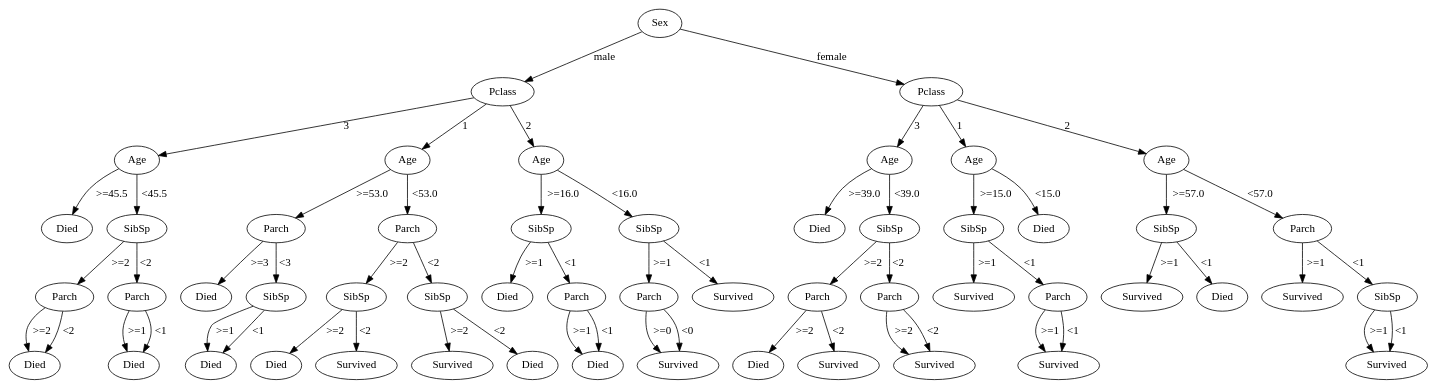
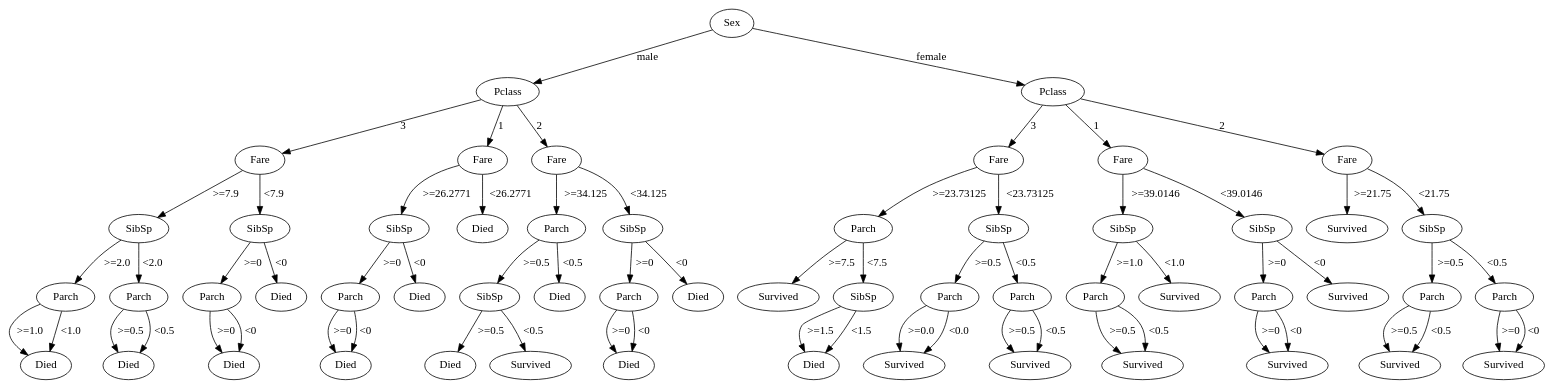
Before and after one commit to Jorgro/TDT4171-Methods-in-AI: the diagram in Exercise4/test5.gv, drawn with Graphviz. The commit also changed 6 other files, not shown here.

```diff
--- a/Exercise4/test5.gv
+++ b/Exercise4/test5.gv
@@ -4,180 +4,198 @@
 	Pclass0 [label=Pclass]
 	Sex0 -> Pclass0 [label=male]
 	Pclass0 [label=Pclass]
-	Age0 [label=Age]
-	Pclass0 -> Age0 [label=3]
-	Age0 [label=Age]
-	02 [label=Died]
-	Age0 -> 02 [label=">=45.5"]
-	Age0 [label=Age]
+	Fare0 [label=Fare]
+	Pclass0 -> Fare0 [label=3]
+	Fare0 [label=Fare]
 	SibSp0 [label=SibSp]
-	Age0 -> SibSp0 [label="<45.5"]
+	Fare0 -> SibSp0 [label=">=7.9"]
 	SibSp0 [label=SibSp]
 	Parch0 [label=Parch]
-	SibSp0 -> Parch0 [label=">=2"]
+	SibSp0 -> Parch0 [label=">=2.0"]
 	Parch0 [label=Parch]
 	04 [label=Died]
-	Parch0 -> 04 [label=">=2"]
+	Parch0 -> 04 [label=">=1.0"]
 	Parch0 [label=Parch]
 	04 [label=Died]
-	Parch0 -> 04 [label="<2"]
+	Parch0 -> 04 [label="<1.0"]
 	SibSp0 [label=SibSp]
 	Parch1 [label=Parch]
-	SibSp0 -> Parch1 [label="<2"]
+	SibSp0 -> Parch1 [label="<2.0"]
 	Parch1 [label=Parch]
 	06 [label=Died]
-	Parch1 -> 06 [label=">=1"]
+	Parch1 -> 06 [label=">=0.5"]
 	Parch1 [label=Parch]
 	06 [label=Died]
-	Parch1 -> 06 [label="<1"]
+	Parch1 -> 06 [label="<0.5"]
+	Fare0 [label=Fare]
+	SibSp1 [label=SibSp]
+	Fare0 -> SibSp1 [label="<7.9"]
+	SibSp1 [label=SibSp]
+	Parch2 [label=Parch]
+	SibSp1 -> Parch2 [label=">=0"]
+	Parch2 [label=Parch]
+	010 [label=Died]
+	Parch2 -> 010 [label=">=0"]
+	Parch2 [label=Parch]
+	010 [label=Died]
+	Parch2 -> 010 [label="<0"]
+	SibSp1 [label=SibSp]
+	011 [label=Died]
+	SibSp1 -> 011 [label="<0"]
 	Pclass0 [label=Pclass]
-	Age1 [label=Age]
-	Pclass0 -> Age1 [label=1]
-	Age1 [label=Age]
-	Parch2 [label=Parch]
-	Age1 -> Parch2 [label=">=53.0"]
-	Parch2 [label=Parch]
-	011 [label=Died]
-	Parch2 -> 011 [label=">=3"]
-	Parch2 [label=Parch]
-	SibSp1 [label=SibSp]
-	Parch2 -> SibSp1 [label="<3"]
-	SibSp1 [label=SibSp]
-	012 [label=Died]
-	SibSp1 -> 012 [label=">=1"]
-	SibSp1 [label=SibSp]
-	012 [label=Died]
-	SibSp1 -> 012 [label="<1"]
-	Age1 [label=Age]
+	Fare1 [label=Fare]
+	Pclass0 -> Fare1 [label=1]
+	Fare1 [label=Fare]
+	SibSp2 [label=SibSp]
+	Fare1 -> SibSp2 [label=">=26.2771"]
+	SibSp2 [label=SibSp]
 	Parch3 [label=Parch]
-	Age1 -> Parch3 [label="<53.0"]
+	SibSp2 -> Parch3 [label=">=0"]
 	Parch3 [label=Parch]
+	016 [label=Died]
+	Parch3 -> 016 [label=">=0"]
+	Parch3 [label=Parch]
+	016 [label=Died]
+	Parch3 -> 016 [label="<0"]
 	SibSp2 [label=SibSp]
-	Parch3 -> SibSp2 [label=">=2"]
-	SibSp2 [label=SibSp]
-	016 [label=Died]
-	SibSp2 -> 016 [label=">=2"]
-	SibSp2 [label=SibSp]
-	116 [label=Survived]
-	SibSp2 -> 116 [label="<2"]
-	Parch3 [label=Parch]
+	017 [label=Died]
+	SibSp2 -> 017 [label="<0"]
+	Fare1 [label=Fare]
+	018 [label=Died]
+	Fare1 -> 018 [label="<26.2771"]
+	Pclass0 [label=Pclass]
+	Fare2 [label=Fare]
+	Pclass0 -> Fare2 [label=2]
+	Fare2 [label=Fare]
+	Parch4 [label=Parch]
+	Fare2 -> Parch4 [label=">=34.125"]
+	Parch4 [label=Parch]
 	SibSp3 [label=SibSp]
-	Parch3 -> SibSp3 [label="<2"]
+	Parch4 -> SibSp3 [label=">=0.5"]
 	SibSp3 [label=SibSp]
-	118 [label=Survived]
-	SibSp3 -> 118 [label=">=2"]
+	022 [label=Died]
+	SibSp3 -> 022 [label=">=0.5"]
 	SibSp3 [label=SibSp]
-	018 [label=Died]
-	SibSp3 -> 018 [label="<2"]
-	Pclass0 [label=Pclass]
-	Age2 [label=Age]
-	Pclass0 -> Age2 [label=2]
-	Age2 [label=Age]
+	122 [label=Survived]
+	SibSp3 -> 122 [label="<0.5"]
+	Parch4 [label=Parch]
+	023 [label=Died]
+	Parch4 -> 023 [label="<0.5"]
+	Fare2 [label=Fare]
 	SibSp4 [label=SibSp]
-	Age2 -> SibSp4 [label=">=16.0"]
+	Fare2 -> SibSp4 [label="<34.125"]
 	SibSp4 [label=SibSp]
-	023 [label=Died]
-	SibSp4 -> 023 [label=">=1"]
+	Parch5 [label=Parch]
+	SibSp4 -> Parch5 [label=">=0"]
+	Parch5 [label=Parch]
+	026 [label=Died]
+	Parch5 -> 026 [label=">=0"]
+	Parch5 [label=Parch]
+	026 [label=Died]
+	Parch5 -> 026 [label="<0"]
 	SibSp4 [label=SibSp]
-	Parch4 [label=Parch]
-	SibSp4 -> Parch4 [label="<1"]
-	Parch4 [label=Parch]
-	024 [label=Died]
-	Parch4 -> 024 [label=">=1"]
-	Parch4 [label=Parch]
-	024 [label=Died]
-	Parch4 -> 024 [label="<1"]
-	Age2 [label=Age]
-	SibSp5 [label=SibSp]
-	Age2 -> SibSp5 [label="<16.0"]
-	SibSp5 [label=SibSp]
-	Parch5 [label=Parch]
-	SibSp5 -> Parch5 [label=">=1"]
-	Parch5 [label=Parch]
-	128 [label=Survived]
-	Parch5 -> 128 [label=">=0"]
-	Parch5 [label=Parch]
-	128 [label=Survived]
-	Parch5 -> 128 [label="<0"]
-	SibSp5 [label=SibSp]
-	129 [label=Survived]
-	SibSp5 -> 129 [label="<1"]
+	027 [label=Died]
+	SibSp4 -> 027 [label="<0"]
 	Sex0 [label=Sex]
 	Pclass1 [label=Pclass]
 	Sex0 -> Pclass1 [label=female]
 	Pclass1 [label=Pclass]
-	Age3 [label=Age]
-	Pclass1 -> Age3 [label=3]
-	Age3 [label=Age]
+	Fare3 [label=Fare]
+	Pclass1 -> Fare3 [label=3]
+	Fare3 [label=Fare]
+	Parch6 [label=Parch]
+	Fare3 -> Parch6 [label=">=23.73125"]
+	Parch6 [label=Parch]
+	133 [label=Survived]
+	Parch6 -> 133 [label=">=7.5"]
+	Parch6 [label=Parch]
+	SibSp5 [label=SibSp]
+	Parch6 -> SibSp5 [label="<7.5"]
+	SibSp5 [label=SibSp]
 	034 [label=Died]
-	Age3 -> 034 [label=">=39.0"]
-	Age3 [label=Age]
+	SibSp5 -> 034 [label=">=1.5"]
+	SibSp5 [label=SibSp]
+	034 [label=Died]
+	SibSp5 -> 034 [label="<1.5"]
+	Fare3 [label=Fare]
 	SibSp6 [label=SibSp]
-	Age3 -> SibSp6 [label="<39.0"]
-	SibSp6 [label=SibSp]
-	Parch6 [label=Parch]
-	SibSp6 -> Parch6 [label=">=2"]
-	Parch6 [label=Parch]
-	036 [label=Died]
-	Parch6 -> 036 [label=">=2"]
-	Parch6 [label=Parch]
-	136 [label=Survived]
-	Parch6 -> 136 [label="<2"]
+	Fare3 -> SibSp6 [label="<23.73125"]
 	SibSp6 [label=SibSp]
 	Parch7 [label=Parch]
-	SibSp6 -> Parch7 [label="<2"]
+	SibSp6 -> Parch7 [label=">=0.5"]
 	Parch7 [label=Parch]
 	138 [label=Survived]
-	Parch7 -> 138 [label=">=2"]
+	Parch7 -> 138 [label=">=0.0"]
 	Parch7 [label=Parch]
 	138 [label=Survived]
-	Parch7 -> 138 [label="<2"]
+	Parch7 -> 138 [label="<0.0"]
+	SibSp6 [label=SibSp]
+	Parch8 [label=Parch]
+	SibSp6 -> Parch8 [label="<0.5"]
+	Parch8 [label=Parch]
+	140 [label=Survived]
+	Parch8 -> 140 [label=">=0.5"]
+	Parch8 [label=Parch]
+	140 [label=Survived]
+	Parch8 -> 140 [label="<0.5"]
 	Pclass1 [label=Pclass]
-	Age4 [label=Age]
-	Pclass1 -> Age4 [label=1]
-	Age4 [label=Age]
+	Fare4 [label=Fare]
+	Pclass1 -> Fare4 [label=1]
+	Fare4 [label=Fare]
 	SibSp7 [label=SibSp]
-	Age4 -> SibSp7 [label=">=15.0"]
+	Fare4 -> SibSp7 [label=">=39.0146"]
 	SibSp7 [label=SibSp]
-	143 [label=Survived]
-	SibSp7 -> 143 [label=">=1"]
+	Parch9 [label=Parch]
+	SibSp7 -> Parch9 [label=">=1.0"]
+	Parch9 [label=Parch]
+	146 [label=Survived]
+	Parch9 -> 146 [label=">=0.5"]
+	Parch9 [label=Parch]
+	146 [label=Survived]
+	Parch9 -> 146 [label="<0.5"]
 	SibSp7 [label=SibSp]
-	Parch8 [label=Parch]
-	SibSp7 -> Parch8 [label="<1"]
-	Parch8 [label=Parch]
-	144 [label=Survived]
-	Parch8 -> 144 [label=">=1"]
-	Parch8 [label=Parch]
-	144 [label=Survived]
-	Parch8 -> 144 [label="<1"]
-	Age4 [label=Age]
-	046 [label=Died]
-	Age4 -> 046 [label="<15.0"]
+	147 [label=Survived]
+	SibSp7 -> 147 [label="<1.0"]
+	Fare4 [label=Fare]
+	SibSp8 [label=SibSp]
+	Fare4 -> SibSp8 [label="<39.0146"]
+	SibSp8 [label=SibSp]
+	Parch10 [label=Parch]
+	SibSp8 -> Parch10 [label=">=0"]
+	Parch10 [label=Parch]
+	150 [label=Survived]
+	Parch10 -> 150 [label=">=0"]
+	Parch10 [label=Parch]
+	150 [label=Survived]
+	Parch10 -> 150 [label="<0"]
+	SibSp8 [label=SibSp]
+	151 [label=Survived]
+	SibSp8 -> 151 [label="<0"]
 	Pclass1 [label=Pclass]
-	Age5 [label=Age]
-	Pclass1 -> Age5 [label=2]
-	Age5 [label=Age]
-	SibSp8 [label=SibSp]
-	Age5 -> SibSp8 [label=">=57.0"]
-	SibSp8 [label=SibSp]
-	149 [label=Survived]
-	SibSp8 -> 149 [label=">=1"]
-	SibSp8 [label=SibSp]
-	049 [label=Died]
-	SibSp8 -> 049 [label="<1"]
-	Age5 [label=Age]
-	Parch9 [label=Parch]
-	Age5 -> Parch9 [label="<57.0"]
-	Parch9 [label=Parch]
-	151 [label=Survived]
-	Parch9 -> 151 [label=">=1"]
-	Parch9 [label=Parch]
+	Fare5 [label=Fare]
+	Pclass1 -> Fare5 [label=2]
+	Fare5 [label=Fare]
+	154 [label=Survived]
+	Fare5 -> 154 [label=">=21.75"]
+	Fare5 [label=Fare]
 	SibSp9 [label=SibSp]
-	Parch9 -> SibSp9 [label="<1"]
+	Fare5 -> SibSp9 [label="<21.75"]
 	SibSp9 [label=SibSp]
-	152 [label=Survived]
-	SibSp9 -> 152 [label=">=1"]
+	Parch11 [label=Parch]
+	SibSp9 -> Parch11 [label=">=0.5"]
+	Parch11 [label=Parch]
+	156 [label=Survived]
+	Parch11 -> 156 [label=">=0.5"]
+	Parch11 [label=Parch]
+	156 [label=Survived]
+	Parch11 -> 156 [label="<0.5"]
 	SibSp9 [label=SibSp]
-	152 [label=Survived]
-	SibSp9 -> 152 [label="<1"]
+	Parch12 [label=Parch]
+	SibSp9 -> Parch12 [label="<0.5"]
+	Parch12 [label=Parch]
+	158 [label=Survived]
+	Parch12 -> 158 [label=">=0"]
+	Parch12 [label=Parch]
+	158 [label=Survived]
+	Parch12 -> 158 [label="<0"]
 }
```
